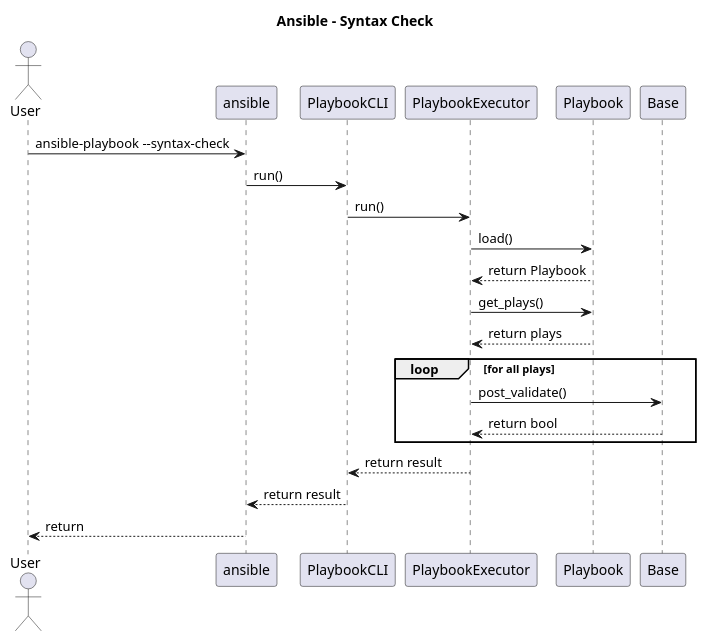
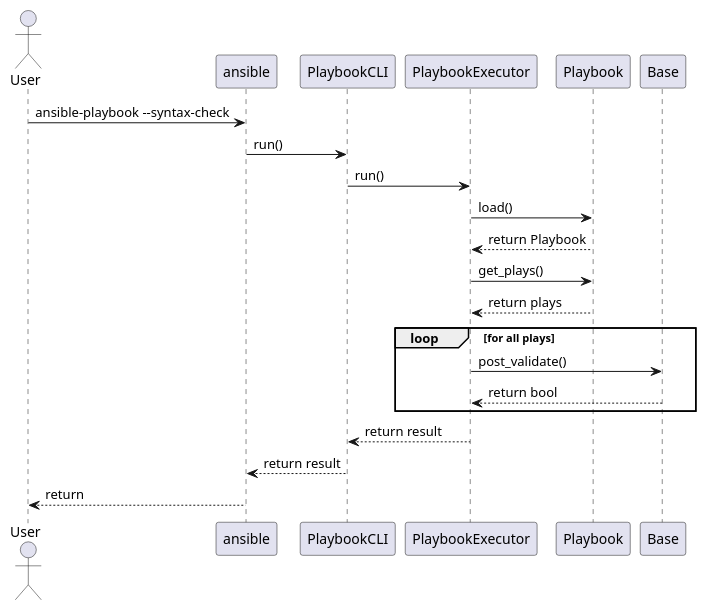
The diagram in project/uml/SequenceDiagram/SyntaxCheck.puml (ezequiels/nazz), drawn with PlantUML before and after one commit. The commit also changed 3 other files, not shown here.

Commit message:
Make some diagram titles more consistent, added _connect to Connection class diagram.

```diff
--- a/project/uml/SequenceDiagram/SyntaxCheck.puml
+++ b/project/uml/SequenceDiagram/SyntaxCheck.puml
@@ -1,19 +1,17 @@
 @startuml
-title Ansible - Syntax Check
-
 actor User
 User->ansible: ansible-playbook --syntax-check
 ansible->PlaybookCLI: run()
 PlaybookCLI->PlaybookExecutor:run()
 PlaybookExecutor->Playbook:load()
 Playbook-->PlaybookExecutor: return Playbook
 PlaybookExecutor->Playbook:get_plays()
 Playbook-->PlaybookExecutor: return plays
 loop for all plays
     PlaybookExecutor->Base: post_validate()
     Base-->PlaybookExecutor: return bool
 end
 PlaybookExecutor-->PlaybookCLI: return result
 PlaybookCLI-->ansible: return result
 ansible-->User: return
 @enduml
```
